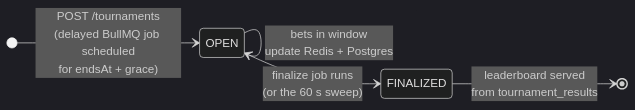
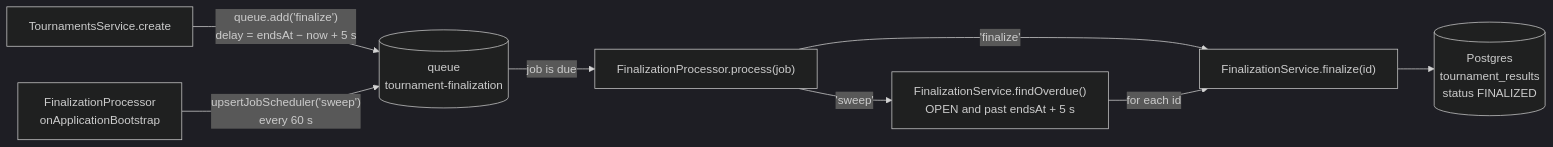
One commit to tomBold/tournaments changed the second of 2 diagrams in README.md. Above: the diagram before and after it, drawn with Mermaid (dark theme). The commit also changed other lines of this file, not shown here.

````diff
--- a/README.md
+++ b/README.md
@@ -234,8 +116,10 @@
 ```mermaid
-stateDiagram-v2
-    direction LR
-    [*] --> OPEN: POST /tournaments<br/>(delayed BullMQ job scheduled<br/>for endsAt + grace)
-    OPEN --> OPEN: bets in window<br/>update Redis + Postgres
-    OPEN --> FINALIZED: finalize job runs<br/>(or the 60 s sweep)
-    FINALIZED --> [*]: leaderboard served<br/>from tournament_results
+flowchart LR
+    A["TournamentsService.create"] -- "queue.add('finalize')<br/>delay = endsAt − now + 5 s" --> Q[("queue<br/>tournament-finalization")]
+    S["FinalizationProcessor<br/>onApplicationBootstrap"] -- "upsertJobScheduler('sweep')<br/>every 60 s" --> Q
+    Q -- "job is due" --> P["FinalizationProcessor.process(job)"]
+    P -- "'finalize'" --> F["FinalizationService.finalize(id)"]
+    P -- "'sweep'" --> O["FinalizationService.findOverdue()<br/>OPEN and past endsAt + 5 s"]
+    O -- "for each id" --> F
+    F --> R[("Postgres<br/>tournament_results<br/>status FINALIZED")]
 ```
````
